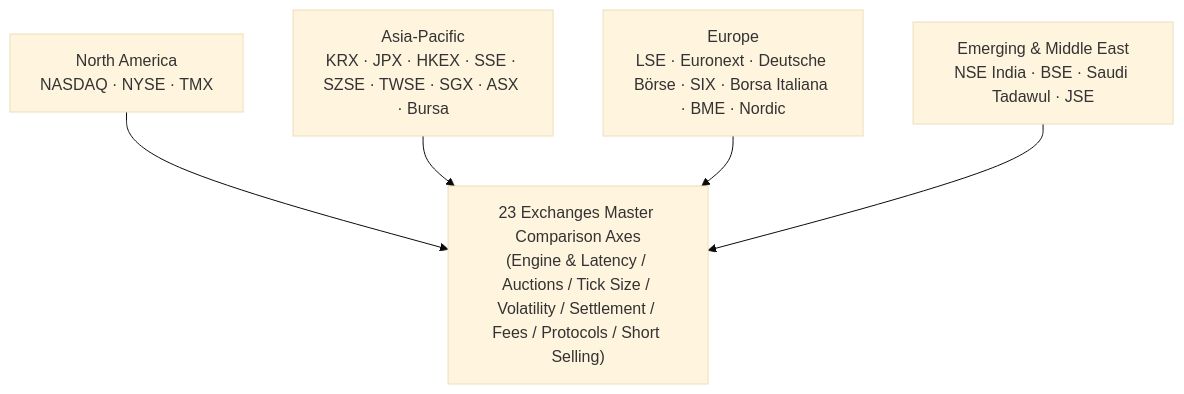
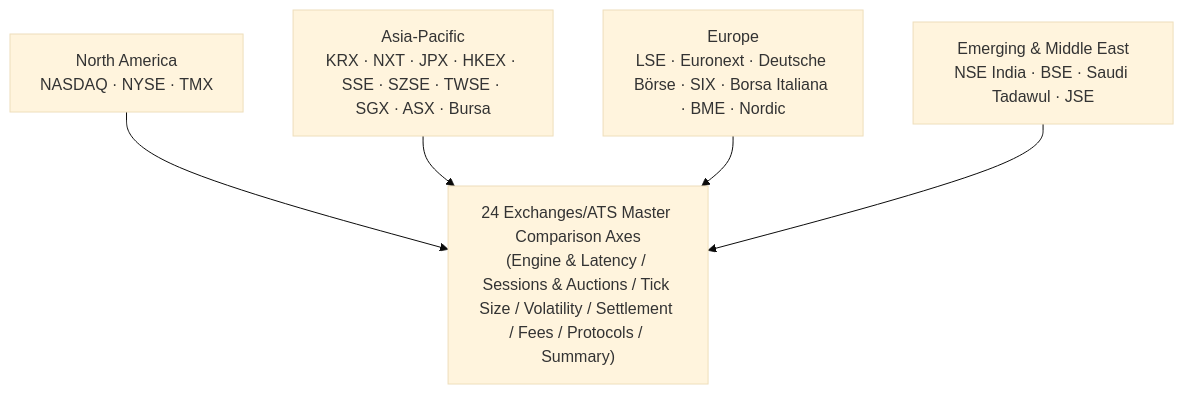
One commit to keimania/global-exchanges changed the first of 4 diagrams in en/comparison_matrix.md. Above: the diagram before and after it, drawn with Mermaid (base theme). The commit also changed other lines of this file and 7 other files, not shown here.

Commit message:
feat: add Nextrade (NXT) ATS documentation, integration in viewer, market clock, and 24-exchange comparison matrix

````diff
--- a/en/comparison_matrix.md
+++ b/en/comparison_matrix.md
@@ -14,14 +14,14 @@
 ```mermaid
 flowchart TD
     NA["North America<br>NASDAQ · NYSE · TMX"]
-    APAC["Asia-Pacific<br>KRX · JPX · HKEX · SSE · SZSE · TWSE · SGX · ASX · Bursa"]
+    APAC["Asia-Pacific<br>KRX · NXT · JPX · HKEX · SSE · SZSE · TWSE · SGX · ASX · Bursa"]
     EU["Europe<br>LSE · Euronext · Deutsche Börse · SIX · Borsa Italiana · BME · Nordic"]
     EM["Emerging & Middle East<br>NSE India · BSE · Saudi Tadawul · JSE"]
 
-    Matrix["23 Exchanges Master Comparison Axes<br>(Engine & Latency / Auctions / Tick Size / Volatility / Settlement / Fees / Protocols / Short Selling)"]
+    Matrix["24 Exchanges/ATS Master Comparison Axes<br>(Engine & Latency / Sessions & Auctions / Tick Size / Volatility / Settlement / Fees / Protocols / Summary)"]
 
     NA --> Matrix
     APAC --> Matrix
     EU --> Matrix
     EM --> Matrix
 ```
````
